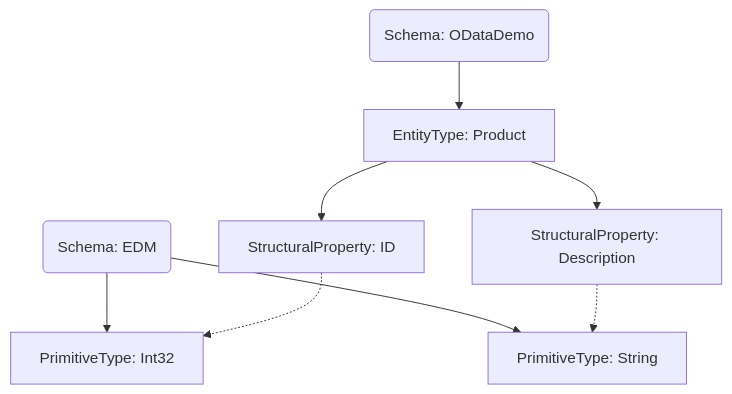
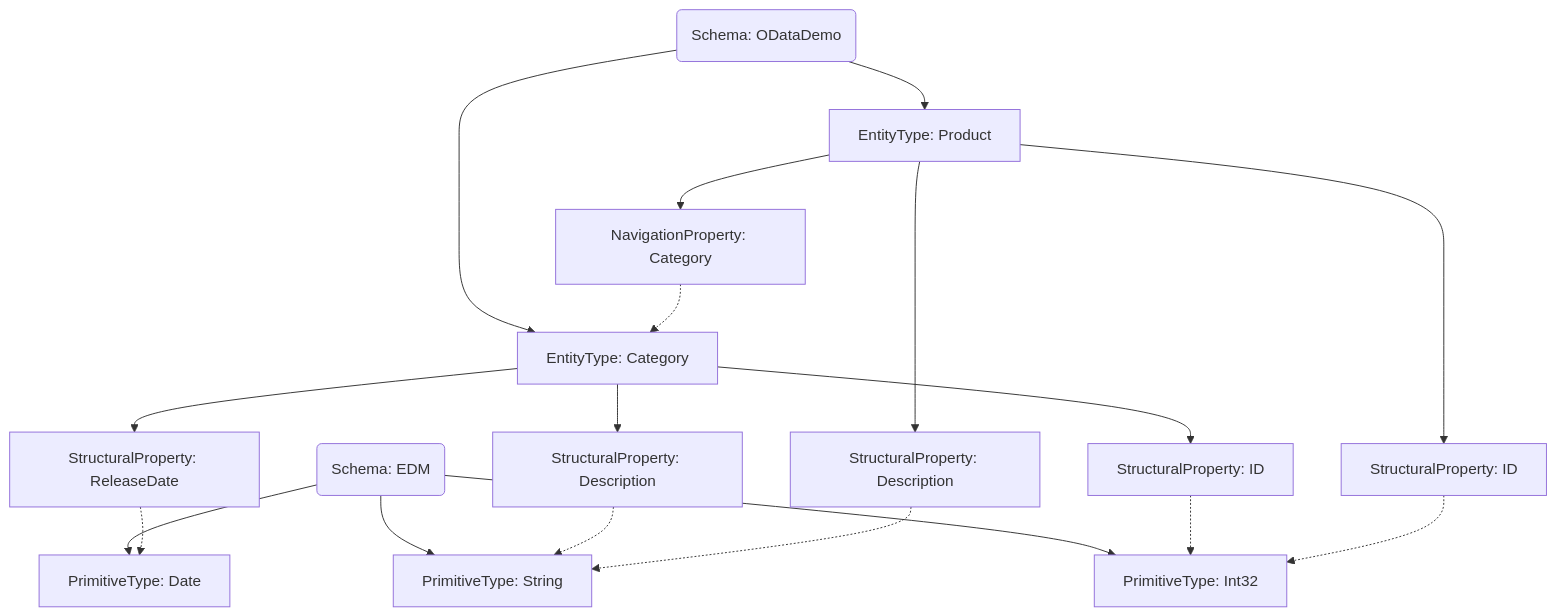
Before and after one commit to xtofs/mml: the diagram in src/generated/model.md, drawn with Mermaid. The commit also changed 7 other files, not shown here.

````diff
--- a/src/generated/model.md
+++ b/src/generated/model.md
@@ -1,18 +1,34 @@
 ```mermaid
     graph
 
     n0("Schema: EDM")
-    n1["PrimitiveType: String"]
-    n2["PrimitiveType: Int32"]
-    n3("Schema: ODataDemo")
-    n4["EntityType: Product"]
-    n5["StructuralProperty: ID"]
-    n6["StructuralProperty: Description"]
+    n1["PrimitiveType: Int32"]
+    n2["PrimitiveType: String"]
+    n3["PrimitiveType: Date"]
+    n4("Schema: ODataDemo")
+    n5["EntityType: Category"]
+    n6["StructuralProperty: ID"]
+    n7["StructuralProperty: Description"]
+    n8["StructuralProperty: ReleaseDate"]
+    n9["EntityType: Product"]
+    n10["StructuralProperty: ID"]
+    n11["StructuralProperty: Description"]
+    n12["NavigationProperty: Category"]
     n0-->n1
     n0-->n2
-    n3-->n4
+    n0-->n3
     n4-->n5
-    n4-->n6
-    n5-.->n2
+    n4-->n9
+    n5-->n6
+    n5-->n7
+    n5-->n8
     n6-.->n1
+    n7-.->n2
+    n8-.->n3
+    n9-->n10
+    n9-->n11
+    n9-->n12
+    n10-.->n1
+    n11-.->n2
+    n12-.->n5
 ```
````
